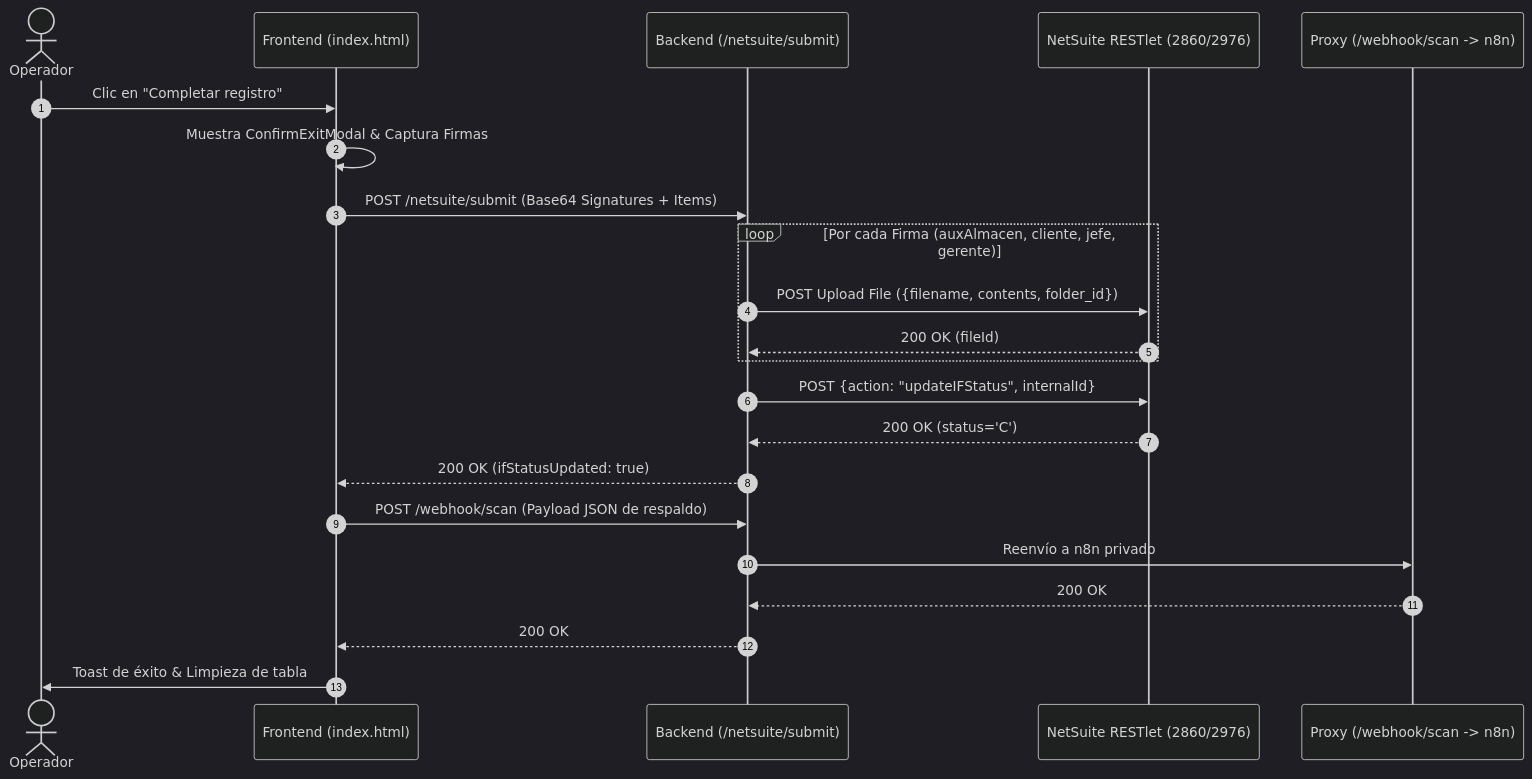
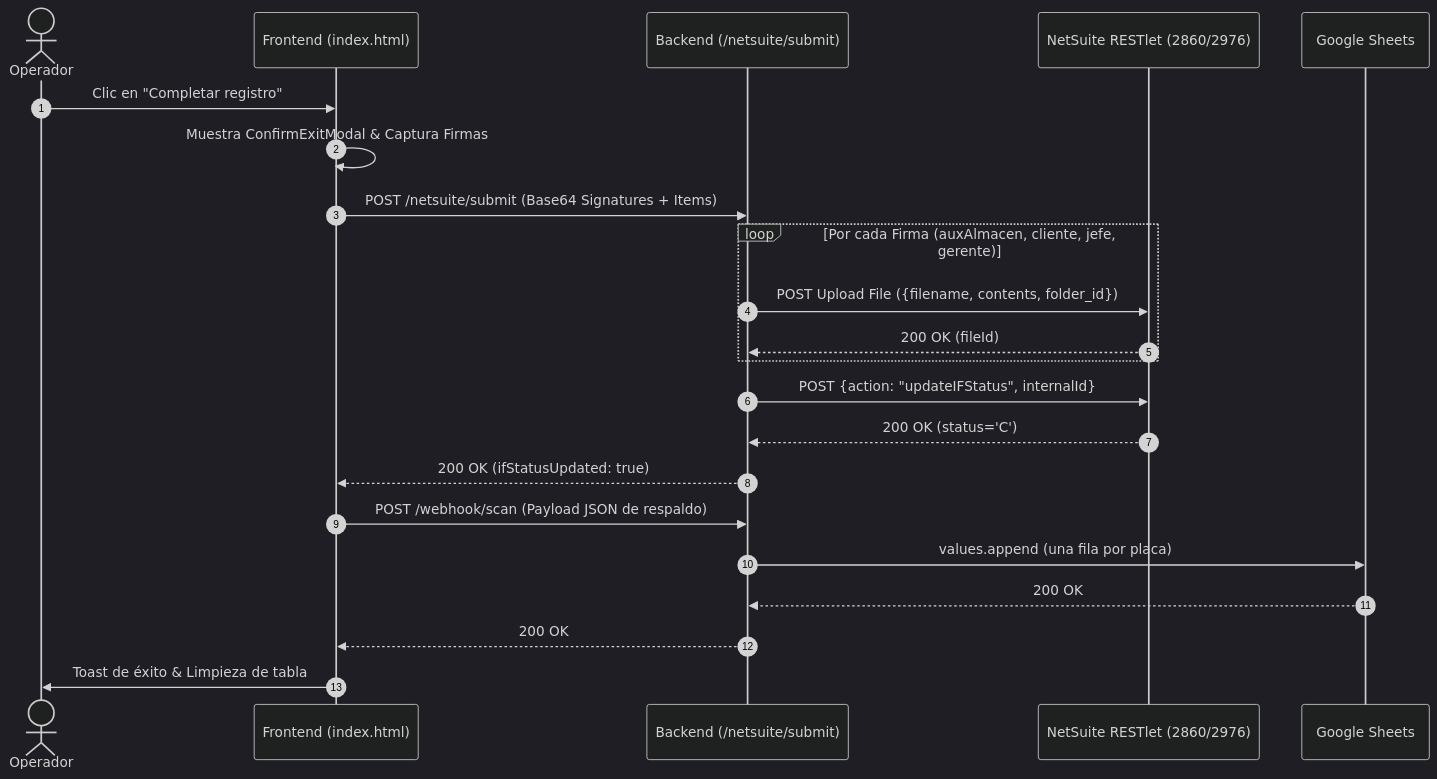
Before and after one commit to AuxSistemasMarblock/WMS: the third of 4 diagrams in DOCUMENTATION.md, drawn with Mermaid (dark theme). The commit also changed other lines of this file and 7 other files, not shown here.

First line of the commit message:
feat(sheets): registrar escaneos directo en Google Sheets (sin n8n)

````diff
--- a/DOCUMENTATION.md
+++ b/DOCUMENTATION.md
@@ -393,25 +391,25 @@
 ```mermaid
 sequenceDiagram
     autonumber
     actor Operador
     participant UI as Frontend (index.html)
     participant Back as Backend (/netsuite/submit)
     participant NS as NetSuite RESTlet (2860/2976)
-    participant N8N as Proxy (/webhook/scan -> n8n)
+    participant GS as Google Sheets
 
     Operador->>UI: Clic en "Completar registro"
     UI->>UI: Muestra ConfirmExitModal & Captura Firmas
     UI->>Back: POST /netsuite/submit (Base64 Signatures + Items)
     loop Por cada Firma (auxAlmacen, cliente, jefe, gerente)
         Back->>NS: POST Upload File ({filename, contents, folder_id})
         NS-->>Back: 200 OK (fileId)
     end
     Back->>NS: POST {action: "updateIFStatus", internalId}
     NS-->>Back: 200 OK (status='C')
     Back-->>UI: 200 OK (ifStatusUpdated: true)
     UI->>Back: POST /webhook/scan (Payload JSON de respaldo)
-    Back->>N8N: Reenvío a n8n privado
-    N8N-->>Back: 200 OK
+    Back->>GS: values.append (una fila por placa)
+    GS-->>Back: 200 OK
     Back-->>UI: 200 OK
     UI->>Operador: Toast de éxito & Limpieza de tabla
 ```
````
